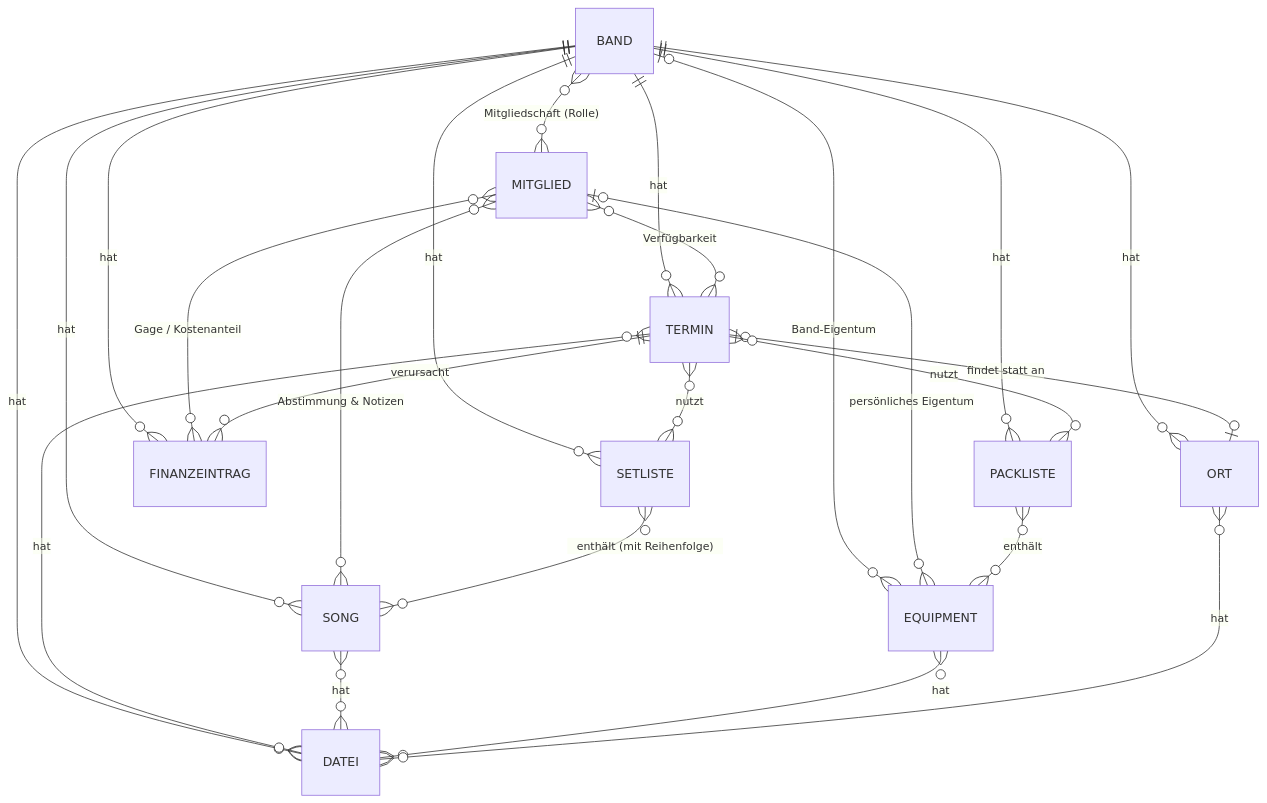
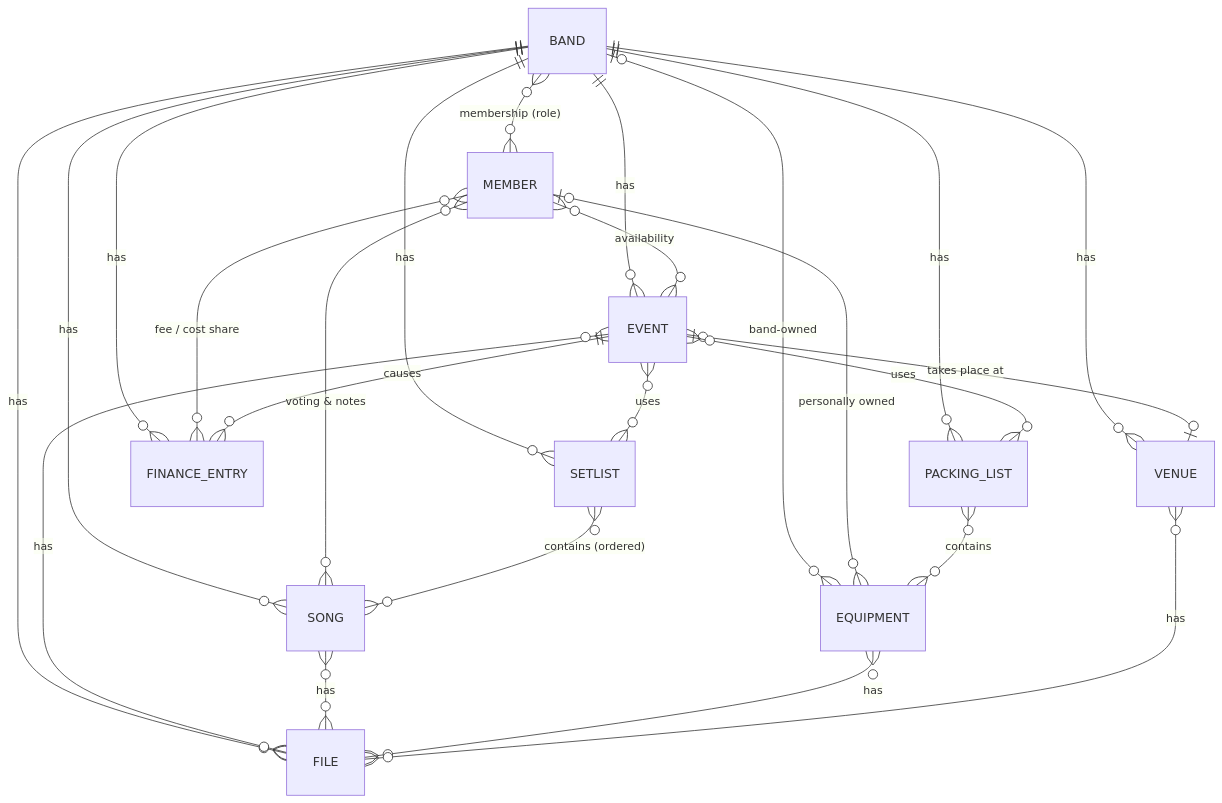
The diagram in README.md (maxxs78/bandplaner), drawn with Mermaid before and after one commit. The commit also changed other lines of this file and 3 other files, not shown here.

````diff
--- a/README.md
+++ b/README.md
@@ -52,33 +56,33 @@
 ```mermaid
 erDiagram
-    BAND }o--o{ MITGLIED : "Mitgliedschaft (Rolle)"
-    BAND ||--o{ TERMIN : hat
-    BAND ||--o{ SONG : hat
-    BAND ||--o{ SETLISTE : hat
-    BAND ||--o{ PACKLISTE : hat
-    BAND ||--o{ ORT : hat
-    BAND ||--o{ FINANZEINTRAG : hat
-    BAND ||--o{ DATEI : hat
-    BAND |o--o{ EQUIPMENT : "Band-Eigentum"
+    BAND }o--o{ MEMBER : "membership (role)"
+    BAND ||--o{ EVENT : has
+    BAND ||--o{ SONG : has
+    BAND ||--o{ SETLIST : has
+    BAND ||--o{ PACKING_LIST : has
+    BAND ||--o{ VENUE : has
+    BAND ||--o{ FINANCE_ENTRY : has
+    BAND ||--o{ FILE : has
+    BAND |o--o{ EQUIPMENT : "band-owned"
 
-    MITGLIED |o--o{ EQUIPMENT : "persönliches Eigentum"
-    MITGLIED }o--o{ TERMIN : "Verfügbarkeit"
-    MITGLIED }o--o{ SONG : "Abstimmung & Notizen"
-    MITGLIED }o--o{ FINANZEINTRAG : "Gage / Kostenanteil"
+    MEMBER |o--o{ EQUIPMENT : "personally owned"
+    MEMBER }o--o{ EVENT : "availability"
+    MEMBER }o--o{ SONG : "voting & notes"
+    MEMBER }o--o{ FINANCE_ENTRY : "fee / cost share"
 
-    TERMIN |o--o| ORT : "findet statt an"
-    TERMIN }o--o{ SETLISTE : nutzt
-    TERMIN }o--o{ PACKLISTE : nutzt
-    TERMIN ||--o{ FINANZEINTRAG : verursacht
-    TERMIN }o--o{ DATEI : hat
+    EVENT |o--o| VENUE : "takes place at"
+    EVENT }o--o{ SETLIST : uses
+    EVENT }o--o{ PACKING_LIST : uses
+    EVENT ||--o{ FINANCE_ENTRY : causes
+    EVENT }o--o{ FILE : has
 
-    SETLISTE }o--o{ SONG : "enthält (mit Reihenfolge)"
+    SETLIST }o--o{ SONG : "contains (ordered)"
 
-    SONG }o--o{ DATEI : hat
+    SONG }o--o{ FILE : has
 
-    PACKLISTE }o--o{ EQUIPMENT : enthält
+    PACKING_LIST }o--o{ EQUIPMENT : contains
 
-    EQUIPMENT }o--o{ DATEI : hat
+    EQUIPMENT }o--o{ FILE : has
 
-    ORT }o--o{ DATEI : hat
+    VENUE }o--o{ FILE : has
 ```
````
